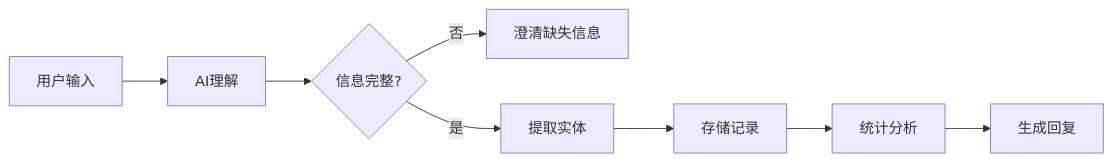
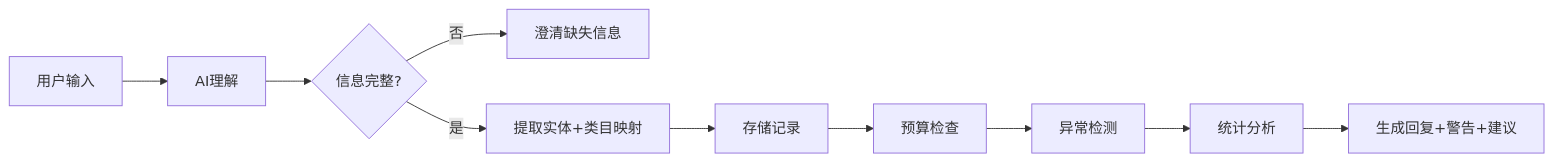
Before and after one commit to guanpeibj/family-ai-assistant: the fifth of 8 diagrams in docs/BUSINESS_FLOW.md, drawn with Mermaid. The commit also changed other lines of this file and 34 other files, not shown here.

````diff
--- a/docs/BUSINESS_FLOW.md
+++ b/docs/BUSINESS_FLOW.md
@@ -188,10 +188,12 @@
 ```mermaid
 graph LR
     A[用户输入] --> B[AI理解]
     B --> C{信息完整?}
     C -->|否| D[澄清缺失信息]
-    C -->|是| E[提取实体]
+    C -->|是| E[提取实体+类目映射]
     E --> F[存储记录]
-    F --> G[统计分析]
-    G --> H[生成回复]
+    F --> G[预算检查]
+    G --> H[异常检测]
+    H --> I[统计分析]
+    I --> J[生成回复+警告+建议]
 ```
````
